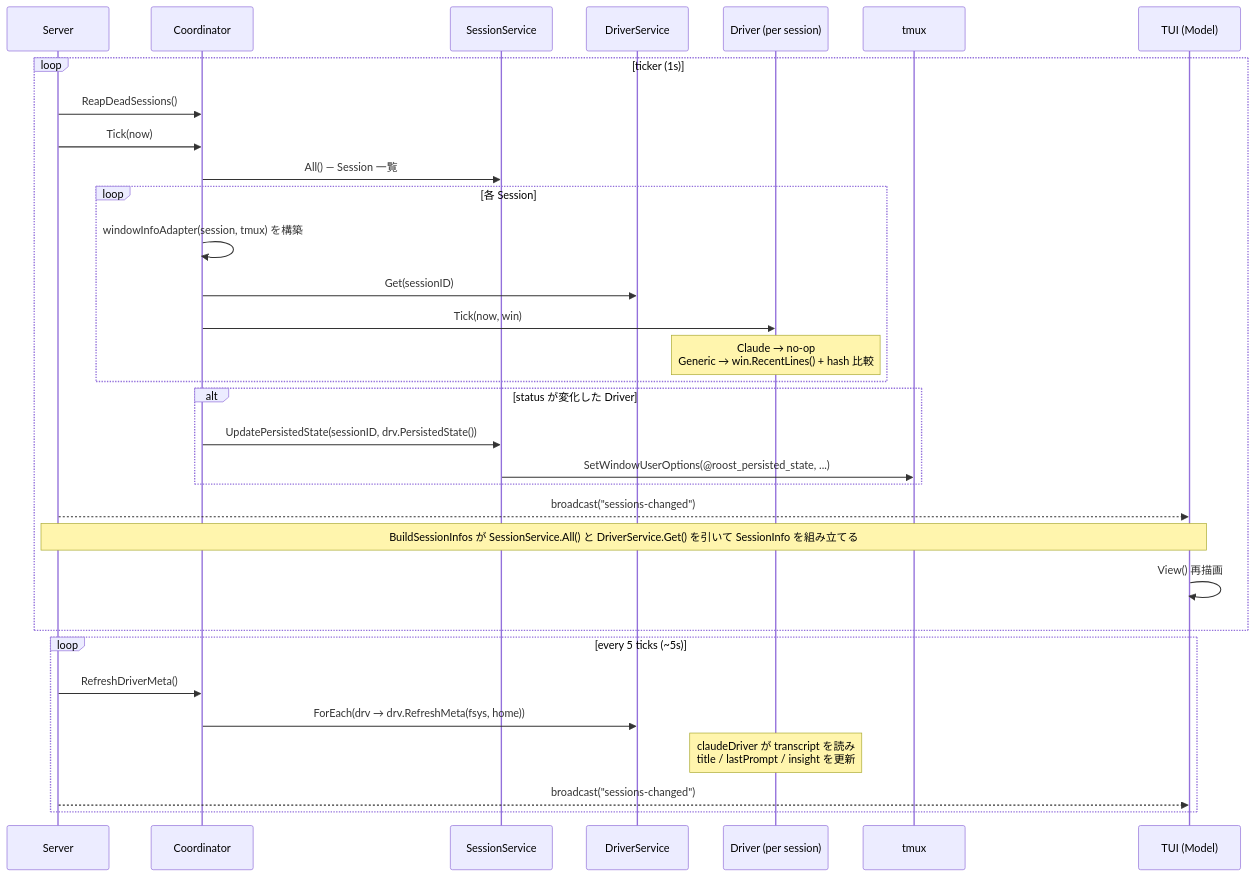
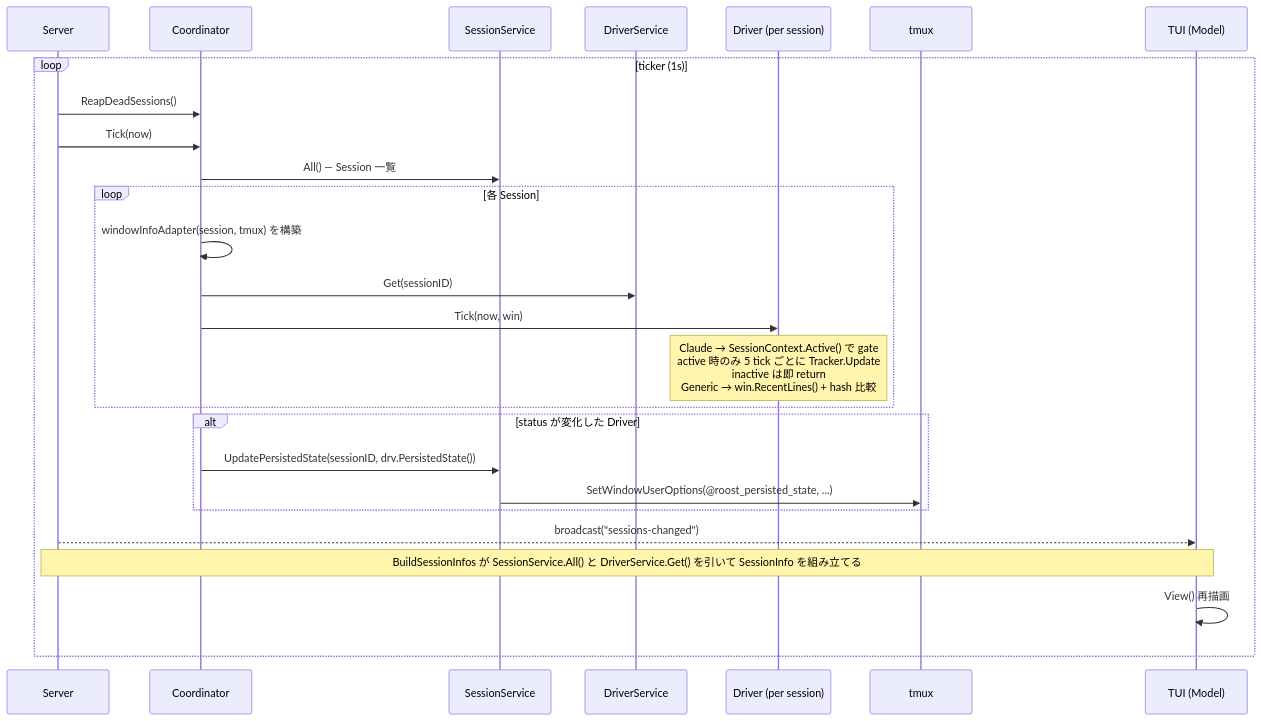
Before and after one commit to takezoh/agent-roost: the fourth of 5 diagrams in ARCHITECTURE.md, drawn with Mermaid. The commit also changed other lines of this file and 16 other files, not shown here.

````diff
--- a/ARCHITECTURE.md
+++ b/ARCHITECTURE.md
@@ -456,36 +456,29 @@
 ```mermaid
 sequenceDiagram
     participant S as Server
     participant Coord as Coordinator
     participant SessSvc as SessionService
     participant DrvSvc as DriverService
     participant D as Driver (per session)
     participant T as tmux
     participant M as TUI (Model)
 
     loop ticker (1s)
         S->>Coord: ReapDeadSessions()
         S->>Coord: Tick(now)
         Coord->>SessSvc: All() — Session 一覧
         loop 各 Session
             Coord->>Coord: windowInfoAdapter(session, tmux) を構築
             Coord->>DrvSvc: Get(sessionID)
             Coord->>D: Tick(now, win)
-            Note over D: Claude → no-op<br/>Generic → win.RecentLines() + hash 比較
+            Note over D: Claude → SessionContext.Active() で gate<br/>active 時のみ 5 tick ごとに Tracker.Update<br/>inactive は即 return<br/>Generic → win.RecentLines() + hash 比較
         end
         alt status が変化した Driver
             Coord->>SessSvc: UpdatePersistedState(sessionID, drv.PersistedState())
             SessSvc->>T: SetWindowUserOptions(@roost_persisted_state, ...)
         end
         S-->>M: broadcast("sessions-changed")
         Note over S,M: BuildSessionInfos が SessionService.All() と DriverService.Get() を引いて SessionInfo を組み立てる
         M->>M: View() 再描画
     end
-
-    loop every 5 ticks (~5s)
-        S->>Coord: RefreshDriverMeta()
-        Coord->>DrvSvc: ForEach(drv → drv.RefreshMeta(fsys, home))
-        Note over D: claudeDriver が transcript を読み<br/>title / lastPrompt / insight を更新
-        S-->>M: broadcast("sessions-changed")
-    end
 ```
````
